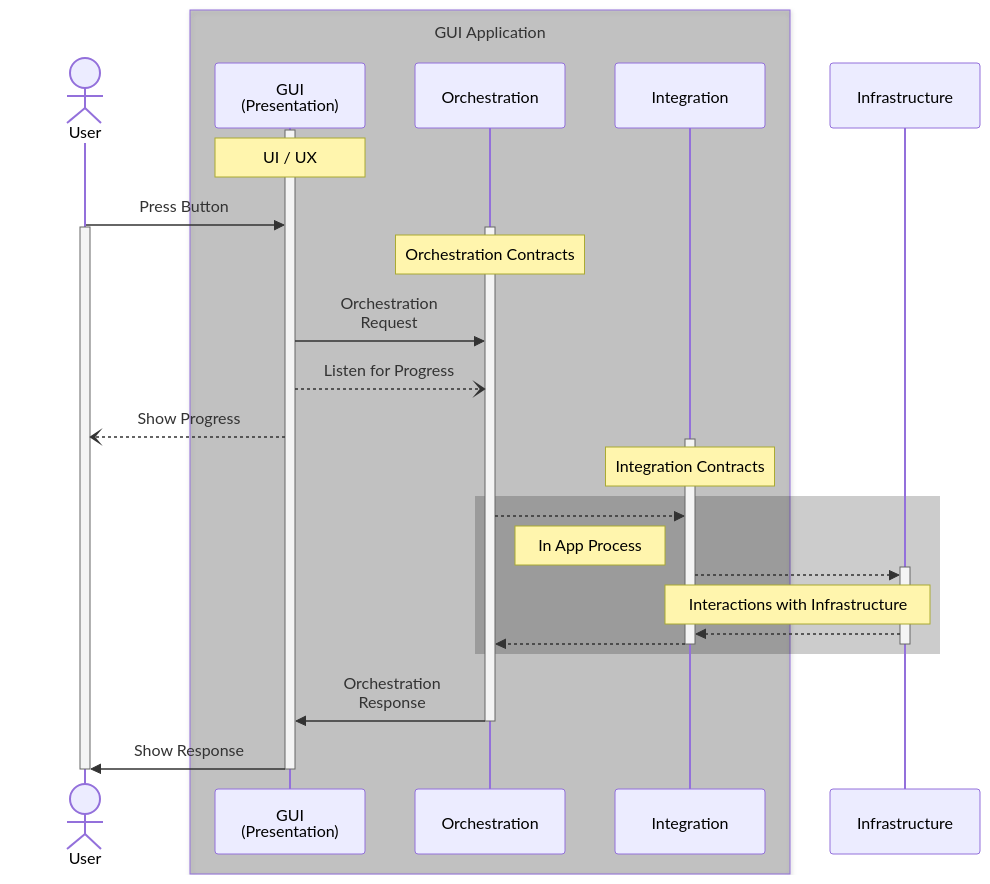
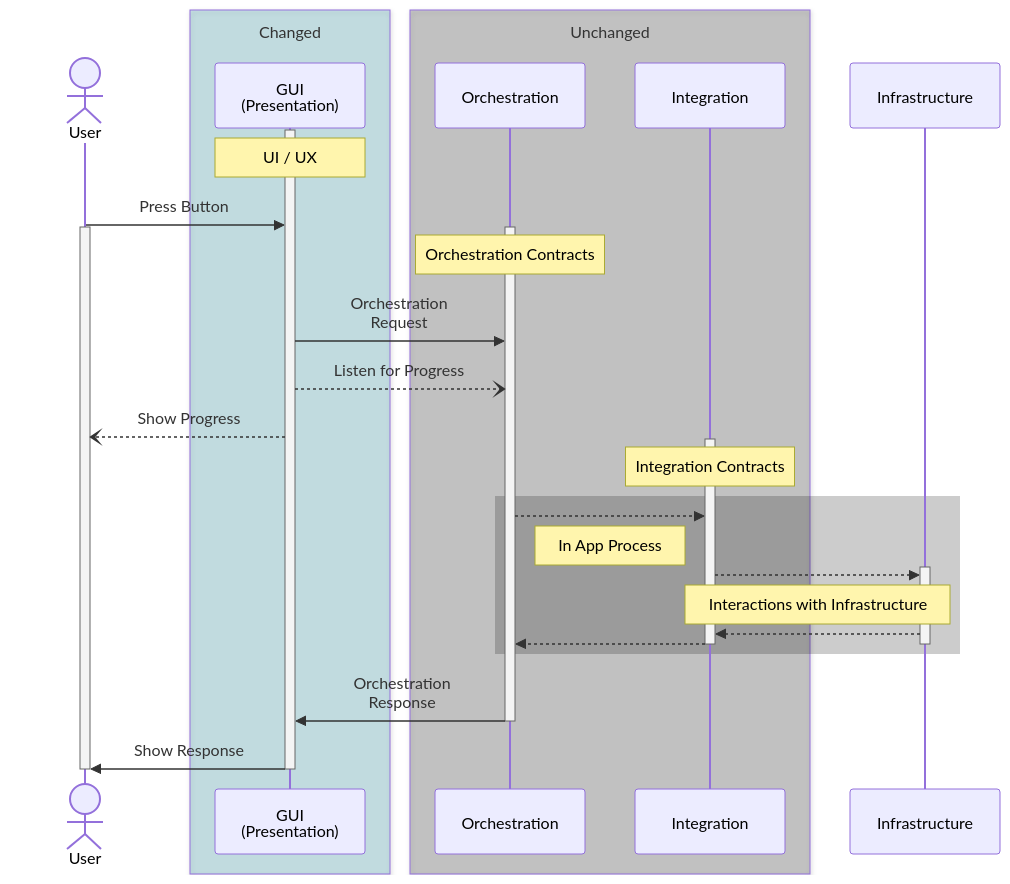
One commit to VestureSDK/Vesture changed the third of 4 diagrams in docs/docs/introduction.md. Above: the diagram before and after it, drawn with Mermaid. The commit also changed other lines of this file and 44 other files, not shown here.

````diff
--- a/docs/docs/introduction.md
+++ b/docs/docs/introduction.md
@@ -86,41 +89,44 @@
 ```mermaid
 sequenceDiagram
 
     actor Client as User
+    
+    box rgba(0,128,150,0.2) Changed<br/>
+        participant Presentation as GUI<br/>(Presentation)
+    end
 
-    box rgba(0,0,0,0.2) GUI Application<br/>
-        participant Presentation as GUI<br/>(Presentation)
+    box rgba(0,0,0,0.2) Unchanged<br/>
         participant Orchestration as Orchestration
         participant Integration as Integration
     end
 
     participant Infrastructure as Infrastructure
     
     activate Presentation
     Note over Presentation: UI / UX
     Client->>Presentation: Press Button
     activate Client
     activate Orchestration
     Note over Orchestration: Orchestration Contracts
     Presentation->>Orchestration: Orchestration<br/>Request
     Presentation--)Orchestration: Listen for Progress
     Presentation--)Client: Show Progress
     activate Integration
     Note over Integration: Integration Contracts
     rect rgba(0,0,0,0.2)
         Orchestration-->>Integration: 
         Note right of Orchestration: In App Process
         activate Infrastructure
         Integration-->>Infrastructure: 
         Note over Integration,Infrastructure: Interactions with Infrastructure
         Infrastructure-->>Integration: 
         Integration-->>Orchestration:  
         deactivate Infrastructure
         deactivate Integration
     end
     Orchestration->>Presentation: Orchestration<br/>Response
     deactivate Orchestration
     Presentation->>Client: Show Response
     deactivate Presentation
     deactivate Client
 ```
````
